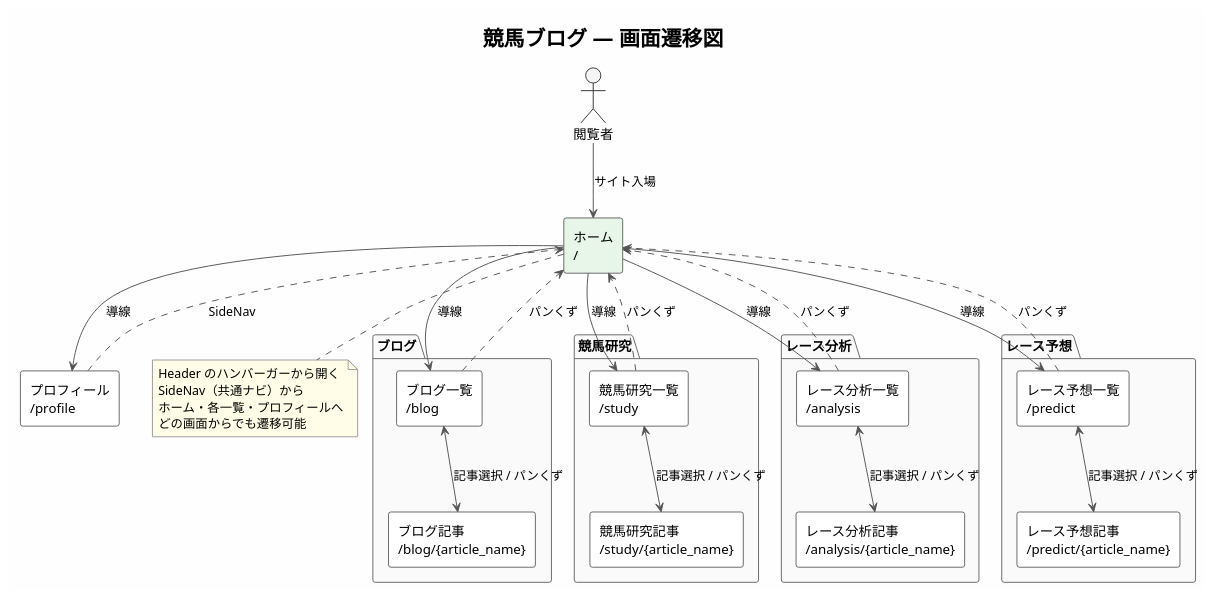
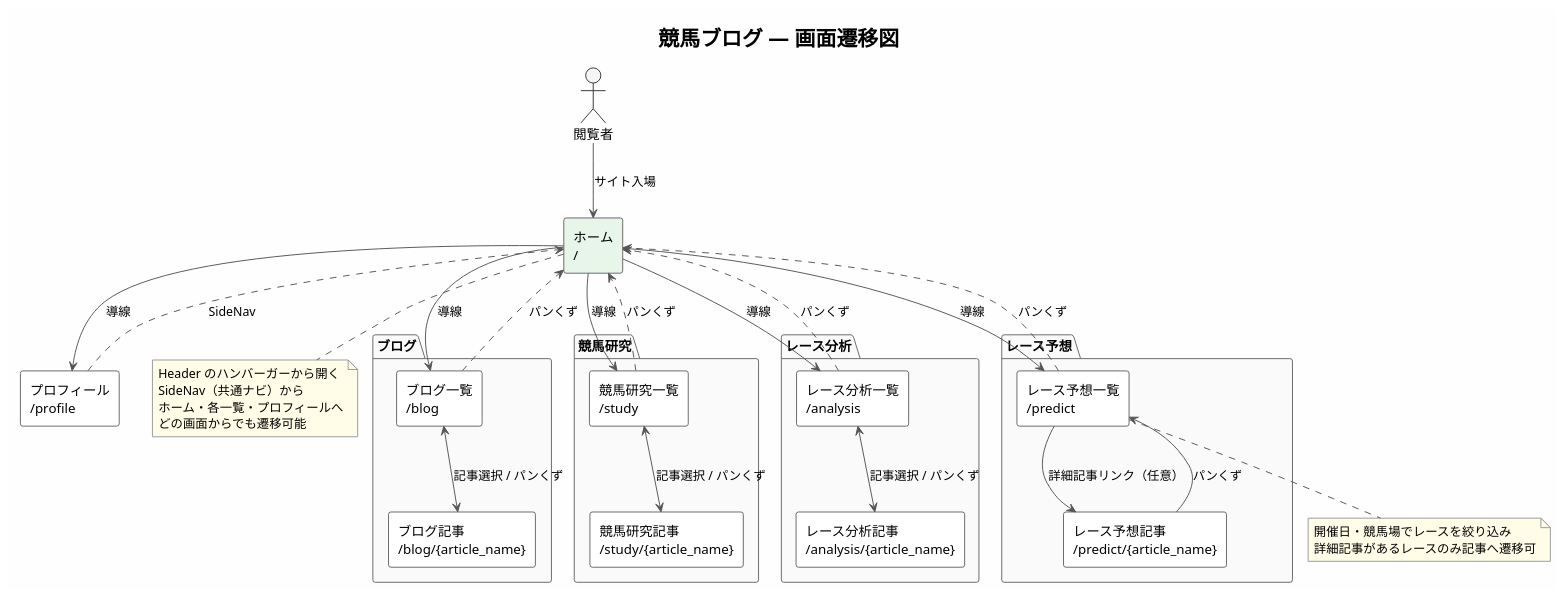
The diagram in doc/03_design/screen_design.md (betashort/KEIBA_BLOG), drawn with PlantUML before and after one commit. The commit also changed other lines of this file and 8 other files, not shown here.

````diff
--- a/doc/03_design/screen_design.md
+++ b/doc/03_design/screen_design.md
@@ -57,72 +59,78 @@
 ```plantuml
 @startuml screen_transition
 !theme plain
 skinparam backgroundColor #FEFEFE
 skinparam shadowing false
 skinparam defaultFontName Meiryo
 skinparam ArrowColor #555555
 skinparam RectangleBorderColor #666666
 skinparam RectangleBackgroundColor #FFFFFF
 skinparam PackageBorderColor #666666
 skinparam PackageBackgroundColor #FAFAFA
 skinparam NoteBorderColor #999999
 skinparam NoteBackgroundColor #FFFDE7
 skinparam ActorBorderColor #333333
 skinparam ActorBackgroundColor #F5F5F5
 
 title 競馬ブログ — 画面遷移図
 
 actor "閲覧者" as Visitor
 
 rectangle "ホーム\n/" as Home #E8F5E9
 
 package "ブログ" as BlogPkg {
   rectangle "ブログ一覧\n/blog" as BlogList
   rectangle "ブログ記事\n/blog/{article_name}" as BlogArticle
 }
 
 package "競馬研究" as StudyPkg {
   rectangle "競馬研究一覧\n/study" as StudyList
   rectangle "競馬研究記事\n/study/{article_name}" as StudyArticle
 }
 
 package "レース分析" as AnalysisPkg {
   rectangle "レース分析一覧\n/analysis" as AnalysisList
   rectangle "レース分析記事\n/analysis/{article_name}" as AnalysisArticle
 }
 
 package "レース予想" as PredictPkg {
   rectangle "レース予想一覧\n/predict" as PredictList
   rectangle "レース予想記事\n/predict/{article_name}" as PredictArticle
 }
 
 rectangle "プロフィール\n/profile" as Profile
 
 Visitor --> Home : サイト入場
 
 Home --> BlogList : 導線
 Home --> StudyList : 導線
 Home --> AnalysisList : 導線
 Home --> PredictList : 導線
 Home --> Profile : 導線
 
 BlogList <--> BlogArticle : 記事選択 / パンくず
 StudyList <--> StudyArticle : 記事選択 / パンくず
 AnalysisList <--> AnalysisArticle : 記事選択 / パンくず
-PredictList <--> PredictArticle : 記事選択 / パンくず
+PredictList --> PredictArticle : 詳細記事リンク（任意）
+PredictArticle --> PredictList : パンくず
 
 BlogList ..> Home : パンくず
 StudyList ..> Home : パンくず
 AnalysisList ..> Home : パンくず
 PredictList ..> Home : パンくず
 Profile ..> Home : SideNav
 
 note bottom of Home
   Header のハンバーガーから開く
   SideNav（共通ナビ）から
   ホーム・各一覧・プロフィールへ
   どの画面からでも遷移可能
 end note
 
+note bottom of PredictList
+  開催日・競馬場でレースを絞り込み
+  詳細記事があるレースのみ記事へ遷移可
+end note
+
 @enduml
 ```
````
